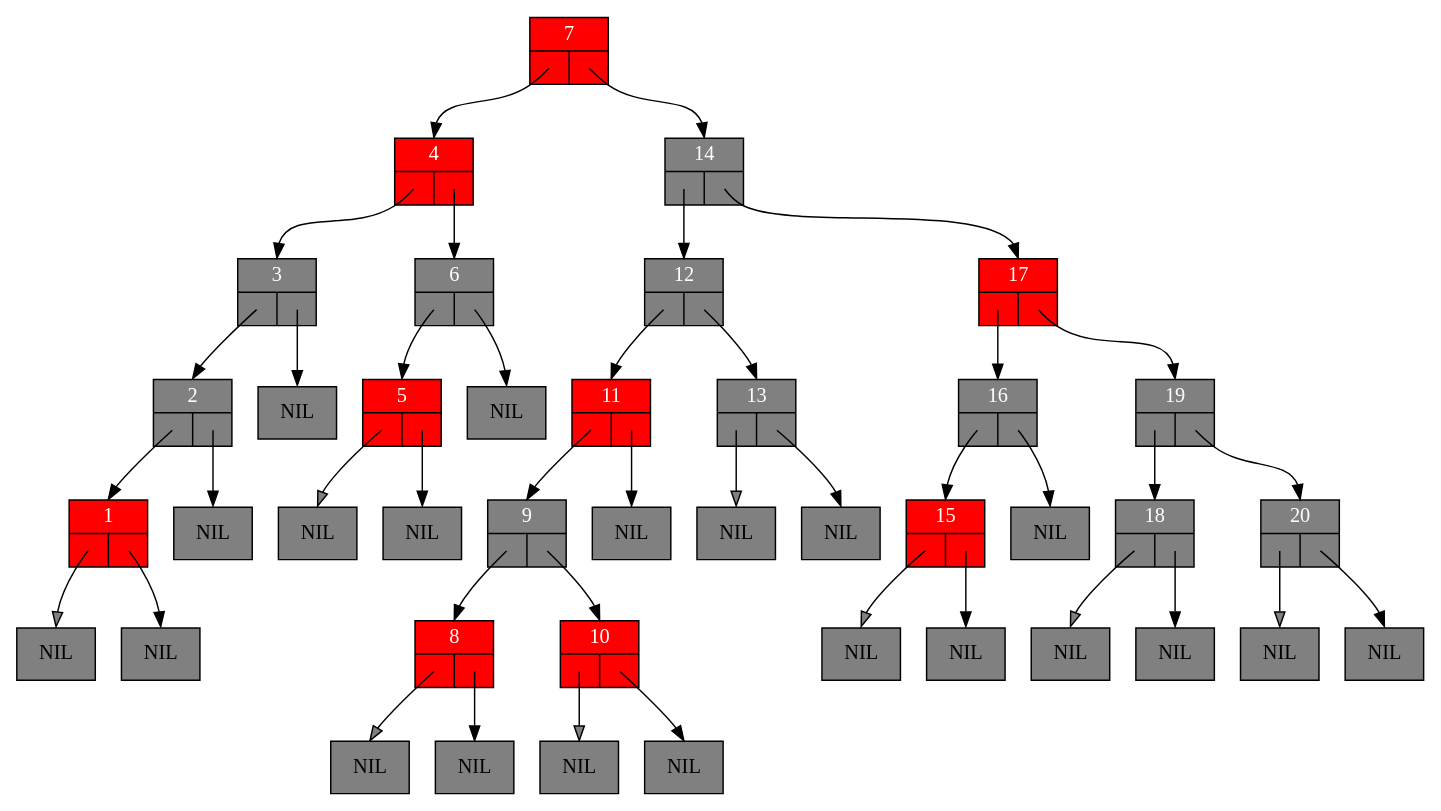
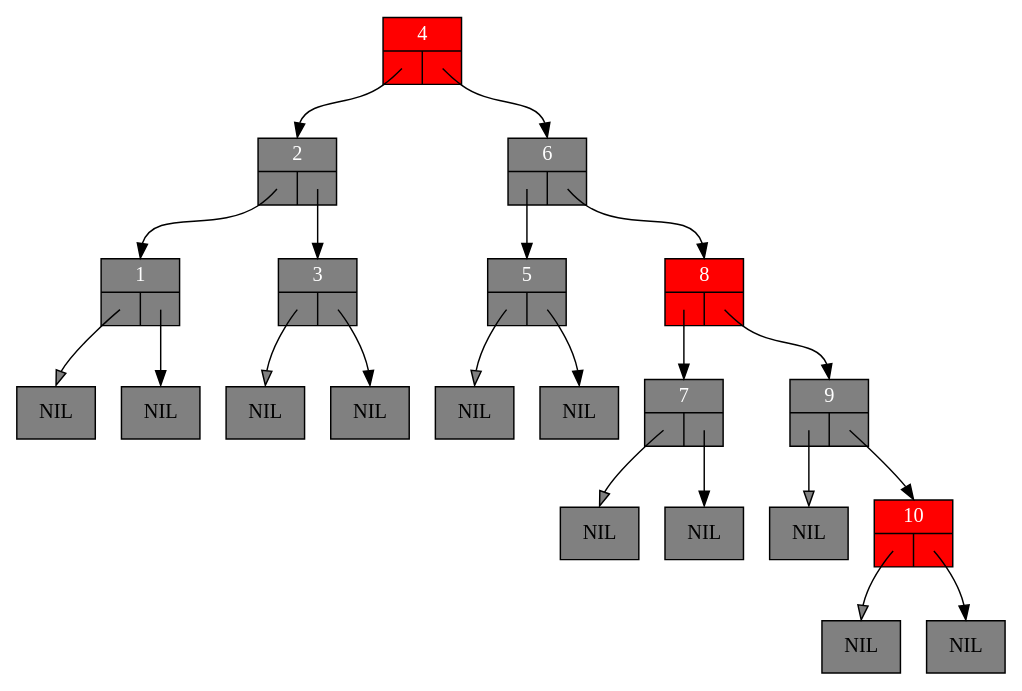
The diagram in Algo3/base_code_lab6/Code/redblacktree_0.dot (NOTuglyduckling/C), drawn with Graphviz before and after one commit. The commit also changed 22 other files, not shown here.

```diff
--- a/Algo3/base_code_lab6/Code/redblacktree_0.dot
+++ b/Algo3/base_code_lab6/Code/redblacktree_0.dot
@@ -1,87 +1,47 @@
 digraph RedBlackTree {
 	graph [ranksep=0.5];
 	node [shape = record];
 
-	n1 [style=filled, fillcolor=red, fontcolor=white, label="{1|{<left>|<right>}}"];
+	n1 [style=filled, fillcolor=grey, fontcolor=white, label="{1|{<left>|<right>}}"];
 	lnil1 [style=filled, fillcolor=grey, label="NIL"];
 	n1:left:c -> lnil1:n [fillcolor=grey, headclip=false, tailclip=false]
 	rnil1 [style=filled, fillcolor=grey, label="NIL"];
 	n1:right:c -> rnil1:n [headclip=false, tailclip=false]
 	n2 [style=filled, fillcolor=grey, fontcolor=white, label="{2|{<left>|<right>}}"];
 	n2:left:c -> n1:n [headclip=false, tailclip=false]
-	rnil2 [style=filled, fillcolor=grey, label="NIL"];
-	n2:right:c -> rnil2:n [headclip=false, tailclip=false]
+	n2:right:c -> n3:n [headclip=false, tailclip=false]
 	n3 [style=filled, fillcolor=grey, fontcolor=white, label="{3|{<left>|<right>}}"];
-	n3:left:c -> n2:n [headclip=false, tailclip=false]
+	lnil3 [style=filled, fillcolor=grey, label="NIL"];
+	n3:left:c -> lnil3:n [fillcolor=grey, headclip=false, tailclip=false]
 	rnil3 [style=filled, fillcolor=grey, label="NIL"];
 	n3:right:c -> rnil3:n [headclip=false, tailclip=false]
 	n4 [style=filled, fillcolor=red, fontcolor=white, label="{4|{<left>|<right>}}"];
-	n4:left:c -> n3:n [headclip=false, tailclip=false]
+	n4:left:c -> n2:n [headclip=false, tailclip=false]
 	n4:right:c -> n6:n [headclip=false, tailclip=false]
-	n5 [style=filled, fillcolor=red, fontcolor=white, label="{5|{<left>|<right>}}"];
+	n5 [style=filled, fillcolor=grey, fontcolor=white, label="{5|{<left>|<right>}}"];
 	lnil5 [style=filled, fillcolor=grey, label="NIL"];
 	n5:left:c -> lnil5:n [fillcolor=grey, headclip=false, tailclip=false]
 	rnil5 [style=filled, fillcolor=grey, label="NIL"];
 	n5:right:c -> rnil5:n [headclip=false, tailclip=false]
 	n6 [style=filled, fillcolor=grey, fontcolor=white, label="{6|{<left>|<right>}}"];
 	n6:left:c -> n5:n [headclip=false, tailclip=false]
-	rnil6 [style=filled, fillcolor=grey, label="NIL"];
-	n6:right:c -> rnil6:n [headclip=false, tailclip=false]
-	n7 [style=filled, fillcolor=red, fontcolor=white, label="{7|{<left>|<right>}}"];
-	n7:left:c -> n4:n [headclip=false, tailclip=false]
-	n7:right:c -> n14:n [headclip=false, tailclip=false]
+	n6:right:c -> n8:n [headclip=false, tailclip=false]
+	n7 [style=filled, fillcolor=grey, fontcolor=white, label="{7|{<left>|<right>}}"];
+	lnil7 [style=filled, fillcolor=grey, label="NIL"];
+	n7:left:c -> lnil7:n [fillcolor=grey, headclip=false, tailclip=false]
+	rnil7 [style=filled, fillcolor=grey, label="NIL"];
+	n7:right:c -> rnil7:n [headclip=false, tailclip=false]
 	n8 [style=filled, fillcolor=red, fontcolor=white, label="{8|{<left>|<right>}}"];
-	lnil8 [style=filled, fillcolor=grey, label="NIL"];
-	n8:left:c -> lnil8:n [fillcolor=grey, headclip=false, tailclip=false]
-	rnil8 [style=filled, fillcolor=grey, label="NIL"];
-	n8:right:c -> rnil8:n [headclip=false, tailclip=false]
+	n8:left:c -> n7:n [headclip=false, tailclip=false]
+	n8:right:c -> n9:n [headclip=false, tailclip=false]
 	n9 [style=filled, fillcolor=grey, fontcolor=white, label="{9|{<left>|<right>}}"];
-	n9:left:c -> n8:n [headclip=false, tailclip=false]
+	lnil9 [style=filled, fillcolor=grey, label="NIL"];
+	n9:left:c -> lnil9:n [fillcolor=grey, headclip=false, tailclip=false]
 	n9:right:c -> n10:n [headclip=false, tailclip=false]
 	n10 [style=filled, fillcolor=red, fontcolor=white, label="{10|{<left>|<right>}}"];
 	lnil10 [style=filled, fillcolor=grey, label="NIL"];
 	n10:left:c -> lnil10:n [fillcolor=grey, headclip=false, tailclip=false]
 	rnil10 [style=filled, fillcolor=grey, label="NIL"];
 	n10:right:c -> rnil10:n [headclip=false, tailclip=false]
-	n11 [style=filled, fillcolor=red, fontcolor=white, label="{11|{<left>|<right>}}"];
-	n11:left:c -> n9:n [headclip=false, tailclip=false]
-	rnil11 [style=filled, fillcolor=grey, label="NIL"];
-	n11:right:c -> rnil11:n [headclip=false, tailclip=false]
-	n12 [style=filled, fillcolor=grey, fontcolor=white, label="{12|{<left>|<right>}}"];
-	n12:left:c -> n11:n [headclip=false, tailclip=false]
-	n12:right:c -> n13:n [headclip=false, tailclip=false]
-	n13 [style=filled, fillcolor=grey, fontcolor=white, label="{13|{<left>|<right>}}"];
-	lnil13 [style=filled, fillcolor=grey, label="NIL"];
-	n13:left:c -> lnil13:n [fillcolor=grey, headclip=false, tailclip=false]
-	rnil13 [style=filled, fillcolor=grey, label="NIL"];
-	n13:right:c -> rnil13:n [headclip=false, tailclip=false]
-	n14 [style=filled, fillcolor=grey, fontcolor=white, label="{14|{<left>|<right>}}"];
-	n14:left:c -> n12:n [headclip=false, tailclip=false]
-	n14:right:c -> n17:n [headclip=false, tailclip=false]
-	n15 [style=filled, fillcolor=red, fontcolor=white, label="{15|{<left>|<right>}}"];
-	lnil15 [style=filled, fillcolor=grey, label="NIL"];
-	n15:left:c -> lnil15:n [fillcolor=grey, headclip=false, tailclip=false]
-	rnil15 [style=filled, fillcolor=grey, label="NIL"];
-	n15:right:c -> rnil15:n [headclip=false, tailclip=false]
-	n16 [style=filled, fillcolor=grey, fontcolor=white, label="{16|{<left>|<right>}}"];
-	n16:left:c -> n15:n [headclip=false, tailclip=false]
-	rnil16 [style=filled, fillcolor=grey, label="NIL"];
-	n16:right:c -> rnil16:n [headclip=false, tailclip=false]
-	n17 [style=filled, fillcolor=red, fontcolor=white, label="{17|{<left>|<right>}}"];
-	n17:left:c -> n16:n [headclip=false, tailclip=false]
-	n17:right:c -> n19:n [headclip=false, tailclip=false]
-	n18 [style=filled, fillcolor=grey, fontcolor=white, label="{18|{<left>|<right>}}"];
-	lnil18 [style=filled, fillcolor=grey, label="NIL"];
-	n18:left:c -> lnil18:n [fillcolor=grey, headclip=false, tailclip=false]
-	rnil18 [style=filled, fillcolor=grey, label="NIL"];
-	n18:right:c -> rnil18:n [headclip=false, tailclip=false]
-	n19 [style=filled, fillcolor=grey, fontcolor=white, label="{19|{<left>|<right>}}"];
-	n19:left:c -> n18:n [headclip=false, tailclip=false]
-	n19:right:c -> n20:n [headclip=false, tailclip=false]
-	n20 [style=filled, fillcolor=grey, fontcolor=white, label="{20|{<left>|<right>}}"];
-	lnil20 [style=filled, fillcolor=grey, label="NIL"];
-	n20:left:c -> lnil20:n [fillcolor=grey, headclip=false, tailclip=false]
-	rnil20 [style=filled, fillcolor=grey, label="NIL"];
-	n20:right:c -> rnil20:n [headclip=false, tailclip=false]
 
 }
```
